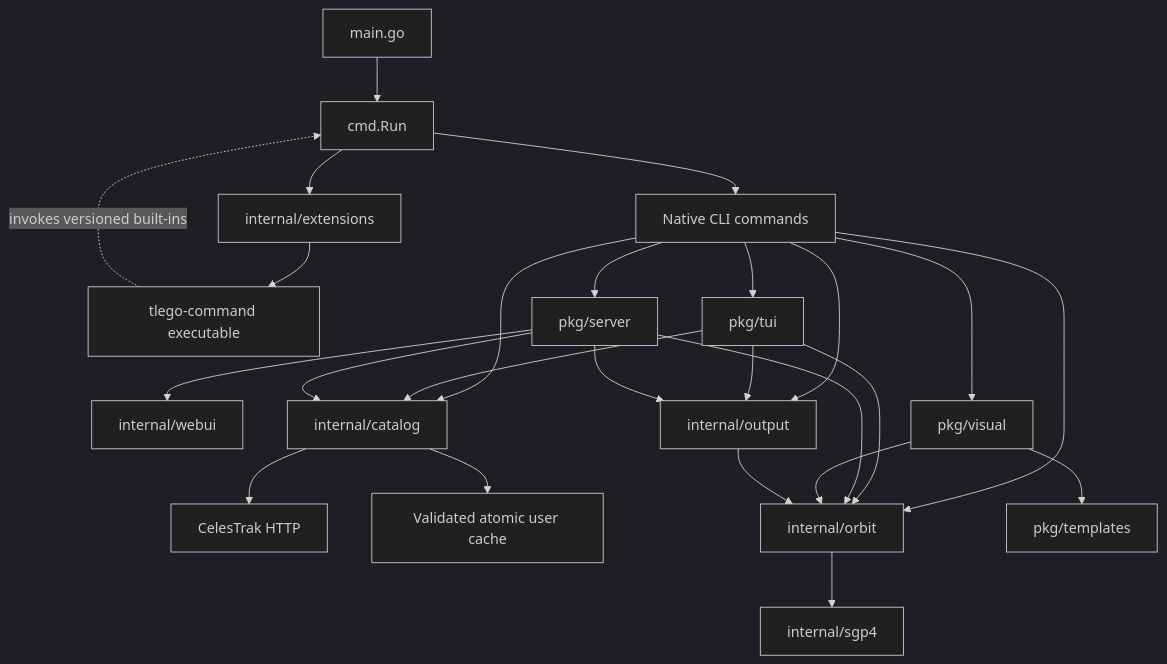
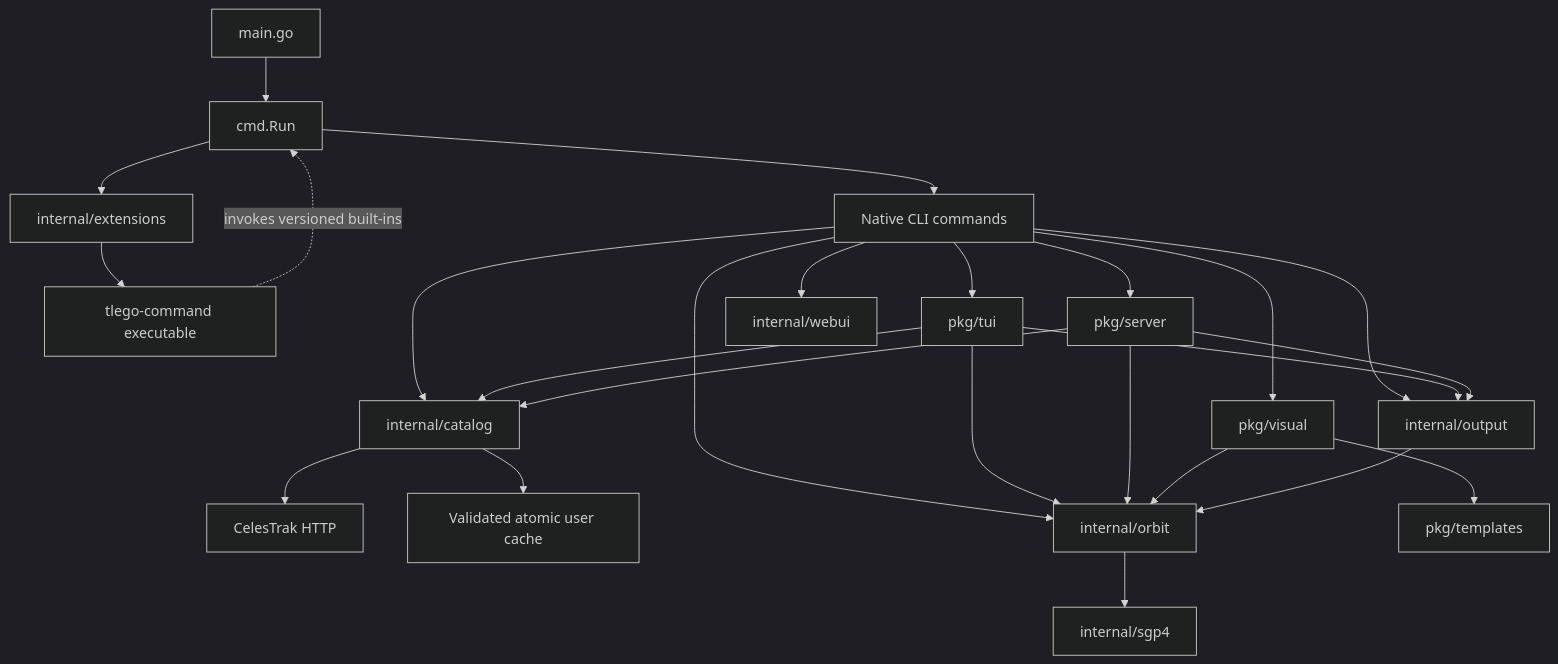
One commit to Mohammed-Ashour/tlego changed the diagram in ARCHITECTURE.md. Above: the diagram before and after it, drawn with Mermaid (dark theme). The commit also changed other lines of this file and 27 other files, not shown here.

````diff
--- a/ARCHITECTURE.md
+++ b/ARCHITECTURE.md
@@ -19,27 +19,27 @@
 ```mermaid
 flowchart TD
     Main[main.go] --> Run[cmd.Run]
     Run --> CLI[Native CLI commands]
     Run --> Extensions[internal/extensions]
     Extensions --> External[tlego-command executable]
     CLI --> TUI[pkg/tui]
     CLI --> HTTP[pkg/server]
-    HTTP --> WebUI[internal/webui]
+    CLI --> WebUI[internal/webui]
     CLI --> Visual[pkg/visual]
     CLI --> Catalog[internal/catalog]
     TUI --> Catalog
     HTTP --> Catalog
     Catalog --> Provider[CelesTrak HTTP]
     Catalog --> Cache[Validated atomic user cache]
     CLI --> Orbit[internal/orbit]
     TUI --> Orbit
     HTTP --> Orbit
     Visual --> Orbit
     Orbit --> SGP4[internal/sgp4]
     CLI --> Output[internal/output]
     TUI --> Output
     HTTP --> Output
     Output --> Orbit
     Visual --> Templates[pkg/templates]
     External -. invokes versioned built-ins .-> Run
 ```
````
